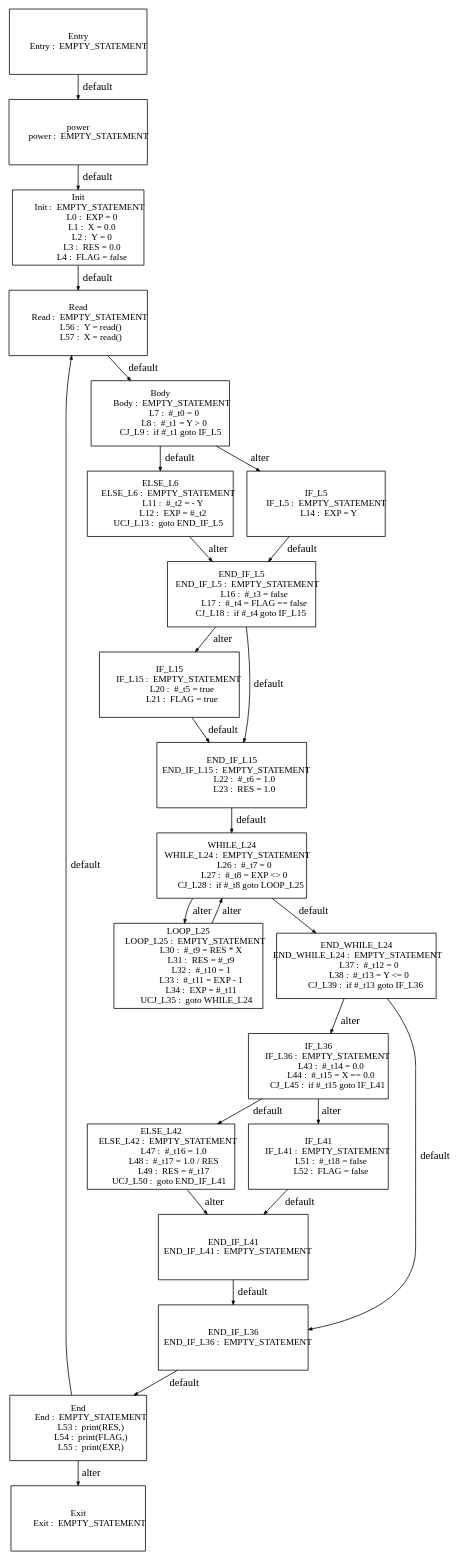
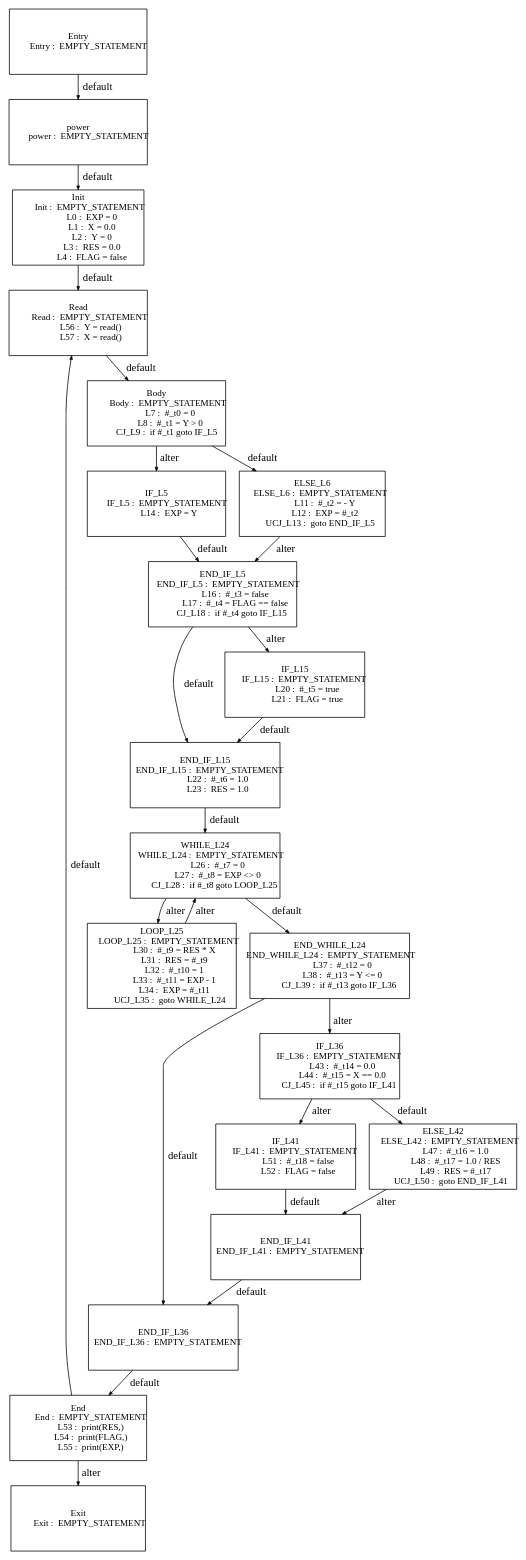
One commit to Geoffrey1014/ST_DSE changed the diagram in tests_programs/paper1_tests/power_output/Graph_CP_0.dot. Above: the diagram before and after it, drawn with Graphviz. The commit also changed 181 other files, not shown here.

```diff
--- a/tests_programs/paper1_tests/power_output/Graph_CP_0.dot
+++ b/tests_programs/paper1_tests/power_output/Graph_CP_0.dot
@@ -3,41 +3,13 @@
   edge [arrowsize=.5]
   node [shape=rectangle, fontname="ArialNarrow",
         fontsize=12,  height=1.2];
-  "power
-          power :  EMPTY_STATEMENT
-"; "Init
+  "Init
            Init :  EMPTY_STATEMENT
              L0 :  EXP = 0
              L1 :  X = 0.0
              L2 :  Y = 0
              L3 :  RES = 0.0
              L4 :  FLAG = false
-"; "Body
-           Body :  EMPTY_STATEMENT
-             L7 :  #_t0 = 0
-             L8 :  #_t1 = Y > 0
-          CJ_L9 :  if #_t1 goto IF_L5
-"; "ELSE_L6
-        ELSE_L6 :  EMPTY_STATEMENT
-            L11 :  #_t2 = - Y
-            L12 :  EXP = #_t2
-        UCJ_L13 :  goto END_IF_L5
-"; "IF_L5
-          IF_L5 :  EMPTY_STATEMENT
-            L14 :  EXP = Y
-"; "END_IF_L5
-      END_IF_L5 :  EMPTY_STATEMENT
-            L16 :  #_t3 = false
-            L17 :  #_t4 = FLAG == false
-         CJ_L18 :  if #_t4 goto IF_L15
-"; "IF_L15
-         IF_L15 :  EMPTY_STATEMENT
-            L20 :  #_t5 = true
-            L21 :  FLAG = true
-"; "END_IF_L15
-     END_IF_L15 :  EMPTY_STATEMENT
-            L22 :  #_t6 = 1.0
-            L23 :  RES = 1.0
 "; "WHILE_L24
       WHILE_L24 :  EMPTY_STATEMENT
             L26 :  #_t7 = 0
@@ -51,43 +23,71 @@
             L33 :  #_t11 = EXP - 1
             L34 :  EXP = #_t11
         UCJ_L35 :  goto WHILE_L24
-"; "END_WHILE_L24
-  END_WHILE_L24 :  EMPTY_STATEMENT
-            L37 :  #_t12 = 0
-            L38 :  #_t13 = Y <= 0
-         CJ_L39 :  if #_t13 goto IF_L36
+"; "IF_L41
+         IF_L41 :  EMPTY_STATEMENT
+            L51 :  #_t18 = false
+            L52 :  FLAG = false
+"; "END_IF_L36
+     END_IF_L36 :  EMPTY_STATEMENT
+"; "End
+            End :  EMPTY_STATEMENT
+            L53 :  print(RES,)
+            L54 :  print(FLAG,)
+            L55 :  print(EXP,)
 "; "IF_L36
          IF_L36 :  EMPTY_STATEMENT
             L43 :  #_t14 = 0.0
             L44 :  #_t15 = X == 0.0
          CJ_L45 :  if #_t15 goto IF_L41
+"; "Exit
+           Exit :  EMPTY_STATEMENT
+"; "IF_L5
+          IF_L5 :  EMPTY_STATEMENT
+            L14 :  EXP = Y
 "; "ELSE_L42
        ELSE_L42 :  EMPTY_STATEMENT
             L47 :  #_t16 = 1.0
             L48 :  #_t17 = 1.0 / RES
             L49 :  RES = #_t17
         UCJ_L50 :  goto END_IF_L41
-"; "IF_L41
-         IF_L41 :  EMPTY_STATEMENT
-            L51 :  #_t18 = false
-            L52 :  FLAG = false
-"; "END_IF_L41
-     END_IF_L41 :  EMPTY_STATEMENT
-"; "END_IF_L36
-     END_IF_L36 :  EMPTY_STATEMENT
-"; "Entry
-          Entry :  EMPTY_STATEMENT
-"; "End
-            End :  EMPTY_STATEMENT
-            L53 :  print(RES,)
-            L54 :  print(FLAG,)
-            L55 :  print(EXP,)
+"; "END_IF_L15
+     END_IF_L15 :  EMPTY_STATEMENT
+            L22 :  #_t6 = 1.0
+            L23 :  RES = 1.0
+"; "power
+          power :  EMPTY_STATEMENT
+"; "END_WHILE_L24
+  END_WHILE_L24 :  EMPTY_STATEMENT
+            L37 :  #_t12 = 0
+            L38 :  #_t13 = Y <= 0
+         CJ_L39 :  if #_t13 goto IF_L36
+"; "END_IF_L5
+      END_IF_L5 :  EMPTY_STATEMENT
+            L16 :  #_t3 = false
+            L17 :  #_t4 = FLAG == false
+         CJ_L18 :  if #_t4 goto IF_L15
 "; "Read
            Read :  EMPTY_STATEMENT
             L56 :  Y = read()
             L57 :  X = read()
-"; "Exit
-           Exit :  EMPTY_STATEMENT
+"; "END_IF_L41
+     END_IF_L41 :  EMPTY_STATEMENT
+"; "IF_L15
+         IF_L15 :  EMPTY_STATEMENT
+            L20 :  #_t5 = true
+            L21 :  FLAG = true
+"; "Entry
+          Entry :  EMPTY_STATEMENT
+"; "Body
+           Body :  EMPTY_STATEMENT
+             L7 :  #_t0 = 0
+             L8 :  #_t1 = Y > 0
+          CJ_L9 :  if #_t1 goto IF_L5
+"; "ELSE_L6
+        ELSE_L6 :  EMPTY_STATEMENT
+            L11 :  #_t2 = - Y
+            L12 :  EXP = #_t2
+        UCJ_L13 :  goto END_IF_L5
 "; 
   "power
           power :  EMPTY_STATEMENT
```
